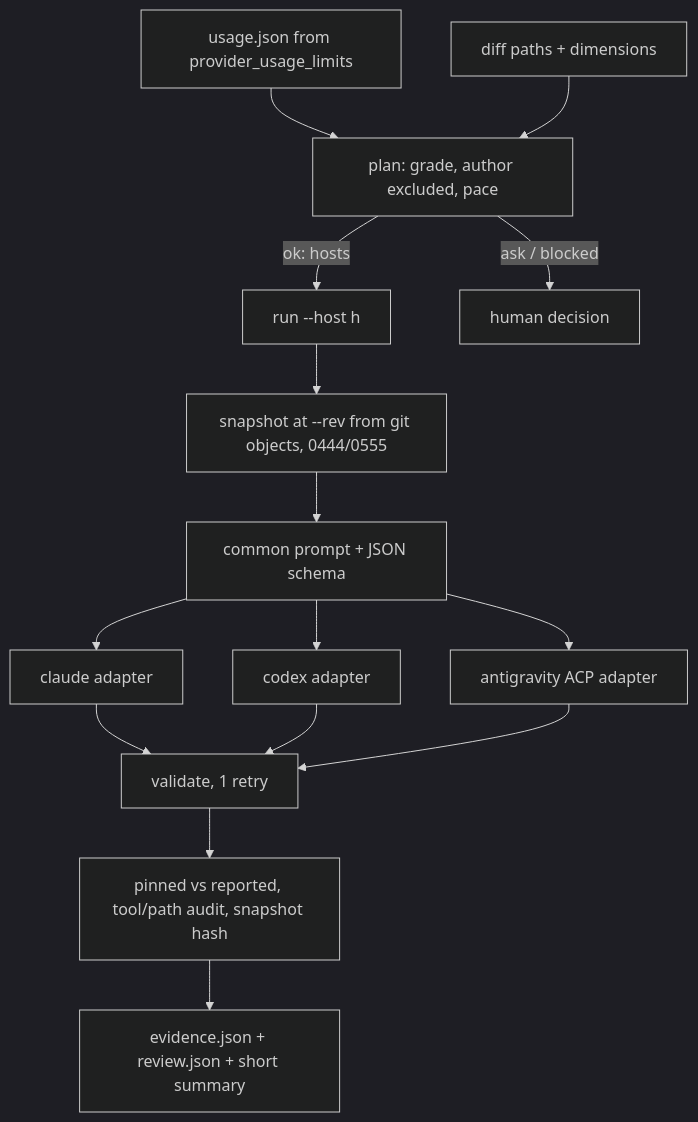
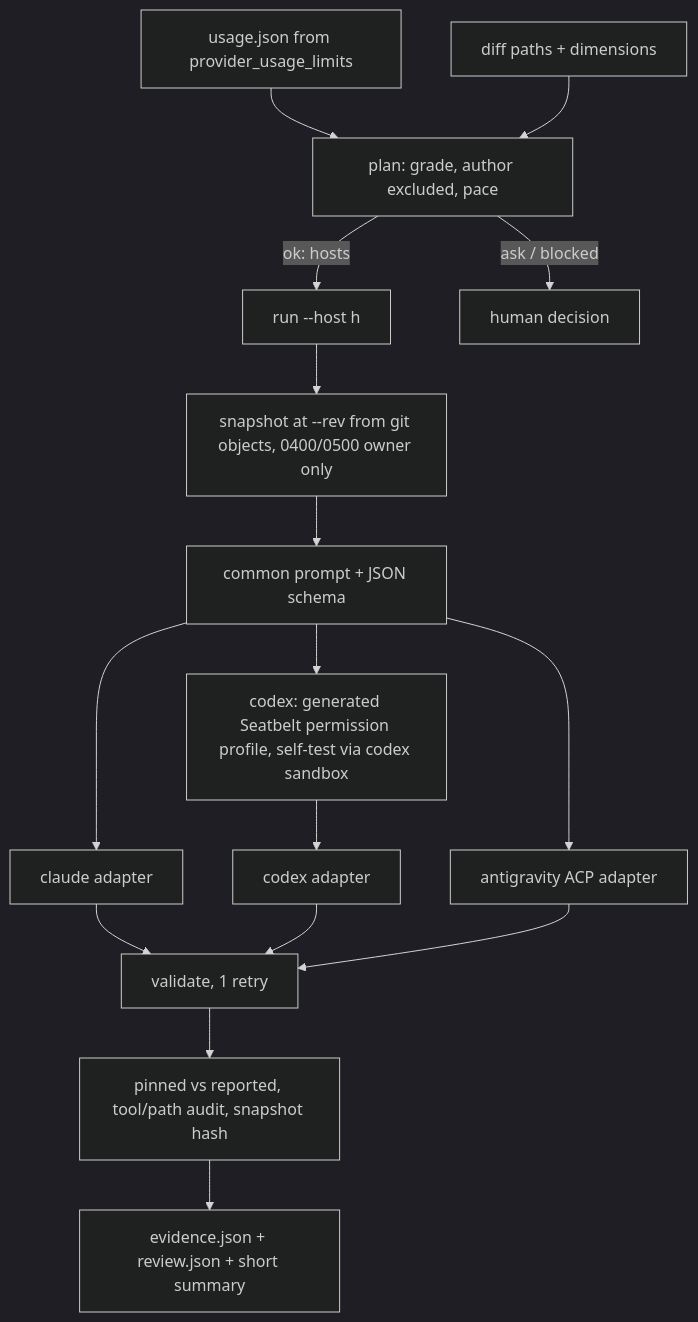
One commit to PermissionLabs/forgekit changed the diagram in docs/changes/cross-review-runner.md. Above: the diagram before and after it, drawn with Mermaid (dark theme). The commit also changed other lines of this file and 1 other file, not shown here.

Commit message:
docs(cross-review): r2 cycle, OS sandbox design, dispositions and residuals

````diff
--- a/docs/changes/cross-review-runner.md
+++ b/docs/changes/cross-review-runner.md
@@ -52,15 +52,16 @@
 ```mermaid
 flowchart TD
   U[usage.json from provider_usage_limits] --> P[plan: grade, author excluded, pace]
   D[diff paths + dimensions] --> P
   P -->|ok: hosts| R[run --host h]
   P -->|ask / blocked| H[human decision]
-  R --> S[snapshot at --rev from git objects, 0444/0555]
+  R --> S[snapshot at --rev from git objects, 0400/0500 owner only]
   S --> I[common prompt + JSON schema]
   I --> A1[claude adapter]
-  I --> A2[codex adapter]
+  I --> SB[codex: generated Seatbelt permission profile, self-test via codex sandbox]
+  SB --> A2[codex adapter]
   I --> A3[antigravity ACP adapter]
   A1 & A2 & A3 --> V[validate, 1 retry]
   V --> C[pinned vs reported, tool/path audit, snapshot hash]
   C --> E[evidence.json + review.json + short summary]
 ```
````
